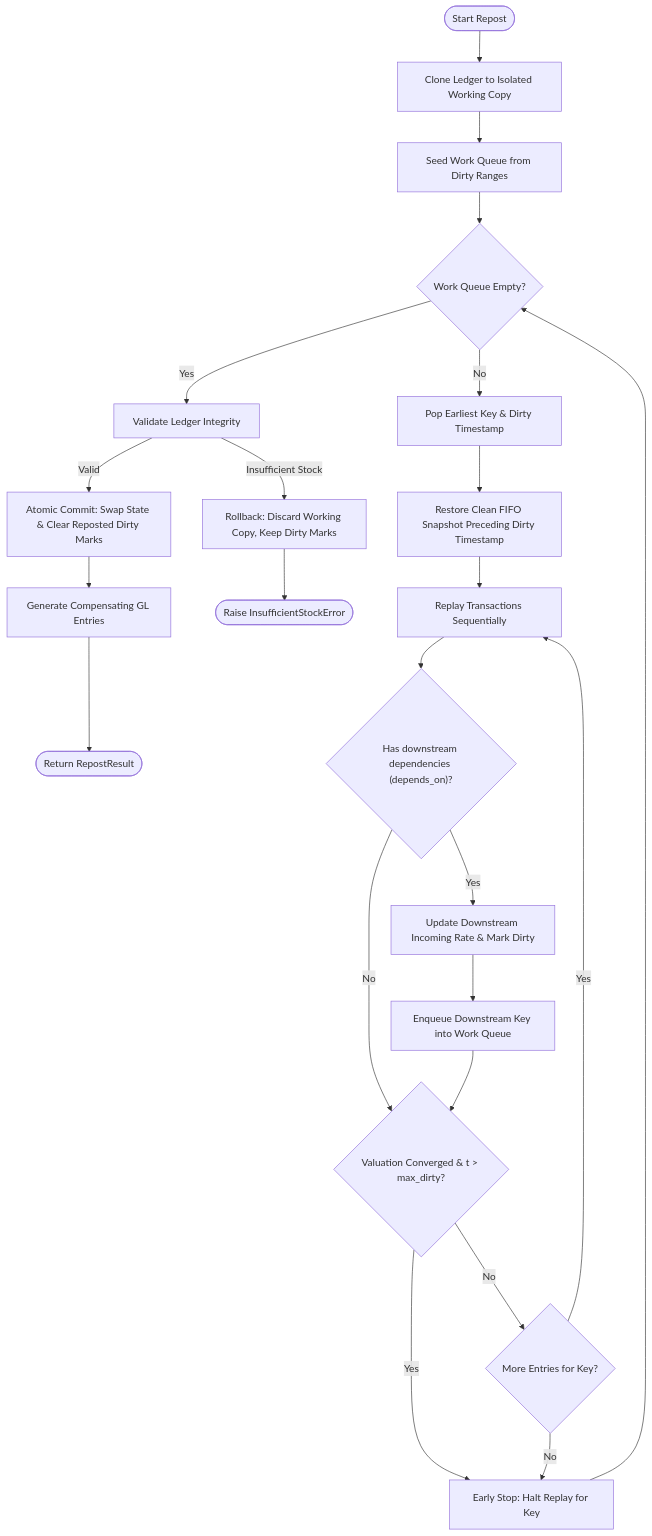
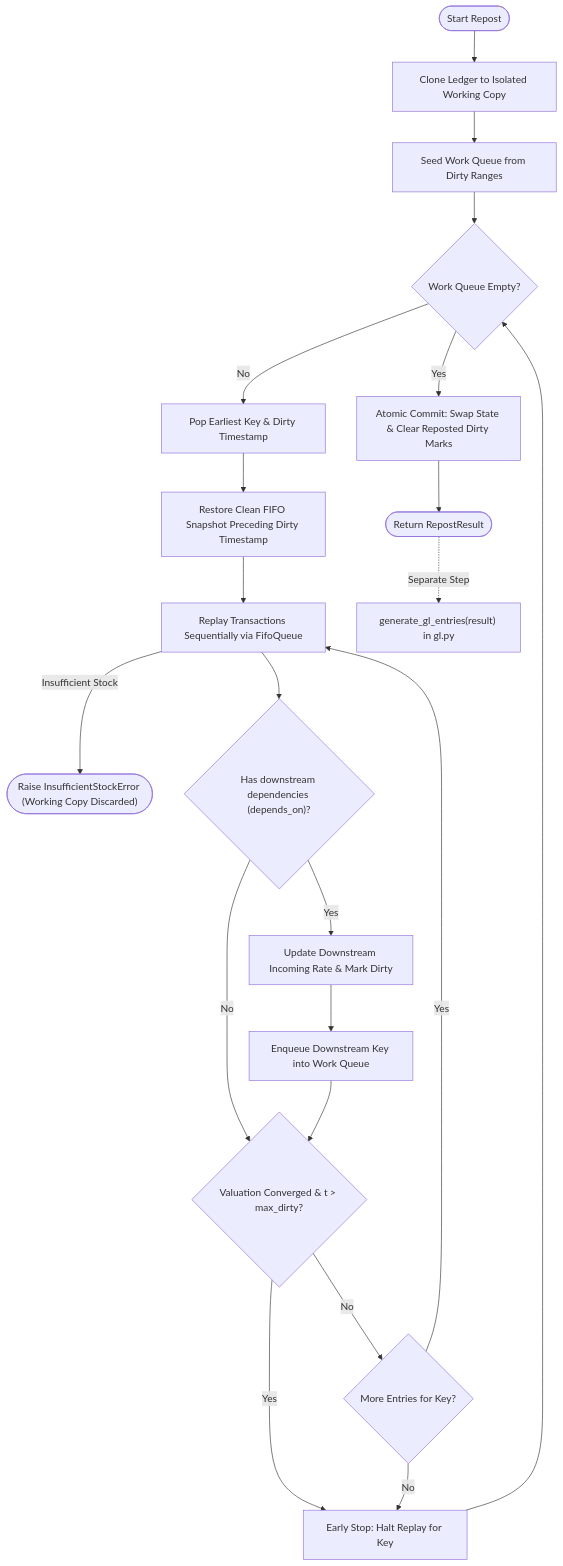
Before and after one commit to nahusha25/fifo-repost-engine: the diagram in README.md, drawn with Mermaid. The commit also changed other lines of this file, not shown here.

````diff
--- a/README.md
+++ b/README.md
@@ -51,25 +56,23 @@
 ```mermaid
 flowchart TD
     Start([Start Repost]) --> Clone[Clone Ledger to Isolated Working Copy]
     Clone --> Seed[Seed Work Queue from Dirty Ranges]
     Seed --> CheckQueue{Work Queue Empty?}
-    CheckQueue -- Yes --> Validate[Validate Ledger Integrity]
-    Validate -- Valid --> Commit[Atomic Commit: Swap State & Clear Reposted Dirty Marks]
-    Commit --> GenGL[Generate Compensating GL Entries]
-    GenGL --> Finish([Return RepostResult])
-    Validate -- Insufficient Stock --> Rollback[Rollback: Discard Working Copy, Keep Dirty Marks]
-    Rollback --> Err([Raise InsufficientStockError])
     CheckQueue -- No --> Pop[Pop Earliest Key & Dirty Timestamp]
     Pop --> Rewind[Restore Clean FIFO Snapshot Preceding Dirty Timestamp]
-    Rewind --> Replay[Replay Transactions Sequentially]
+    Rewind --> Replay[Replay Transactions Sequentially via FifoQueue]
+    Replay -- Insufficient Stock --> Err(["Raise InsufficientStockError (Working Copy Discarded)"])
     Replay --> DepCheck{"Has downstream dependencies (depends_on)?"}
     DepCheck -- Yes --> UpdateDep[Update Downstream Incoming Rate & Mark Dirty]
     UpdateDep --> EnqueueDep[Enqueue Downstream Key into Work Queue]
-    DepCheck -- No --> GateCheck{Valuation Converged & t > max_dirty?}
+    DepCheck -- No --> GateCheck{"Valuation Converged & t > max_dirty?"}
     EnqueueDep --> GateCheck
     GateCheck -- Yes --> NextKey[Early Stop: Halt Replay for Key]
     GateCheck -- No --> MoreEntries{More Entries for Key?}
     MoreEntries -- Yes --> Replay
     MoreEntries -- No --> NextKey
     NextKey --> CheckQueue
+    CheckQueue -- Yes --> Commit[Atomic Commit: Swap State & Clear Reposted Dirty Marks]
+    Commit --> Finish([Return RepostResult])
+    Finish -. Separate Step .-> GenGL["generate_gl_entries(result) in gl.py"]
 ```
````
